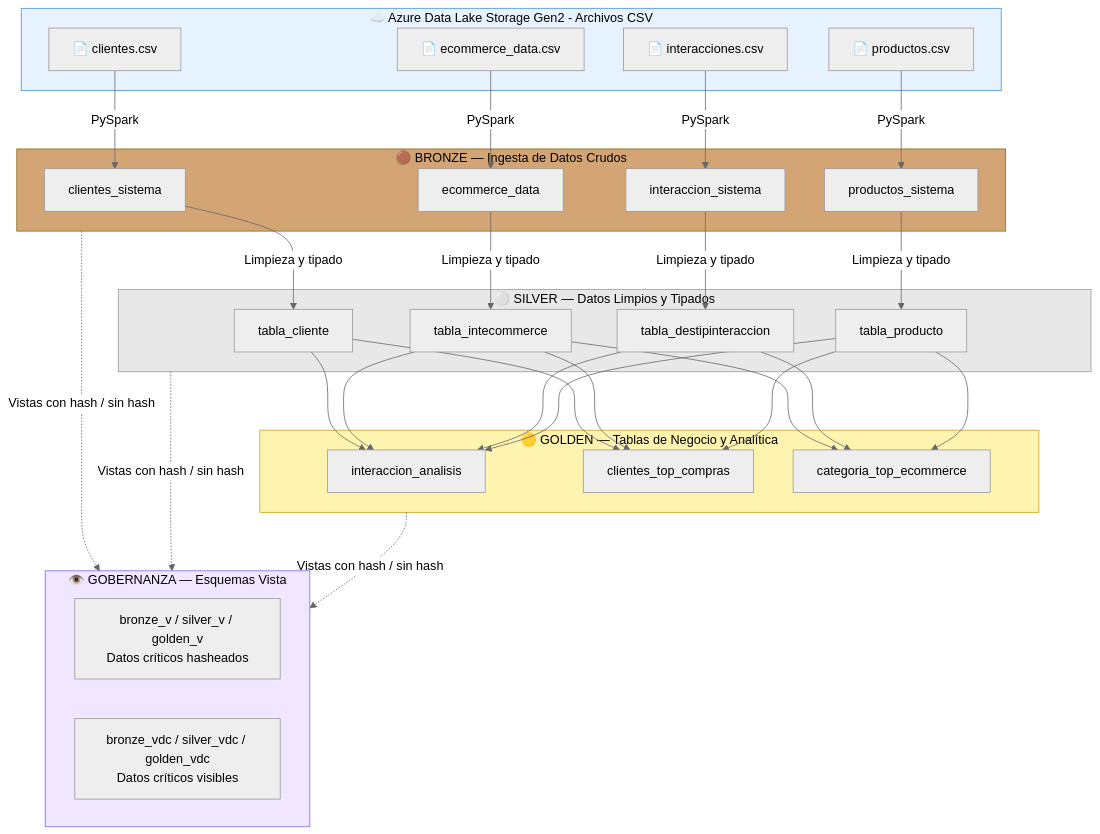
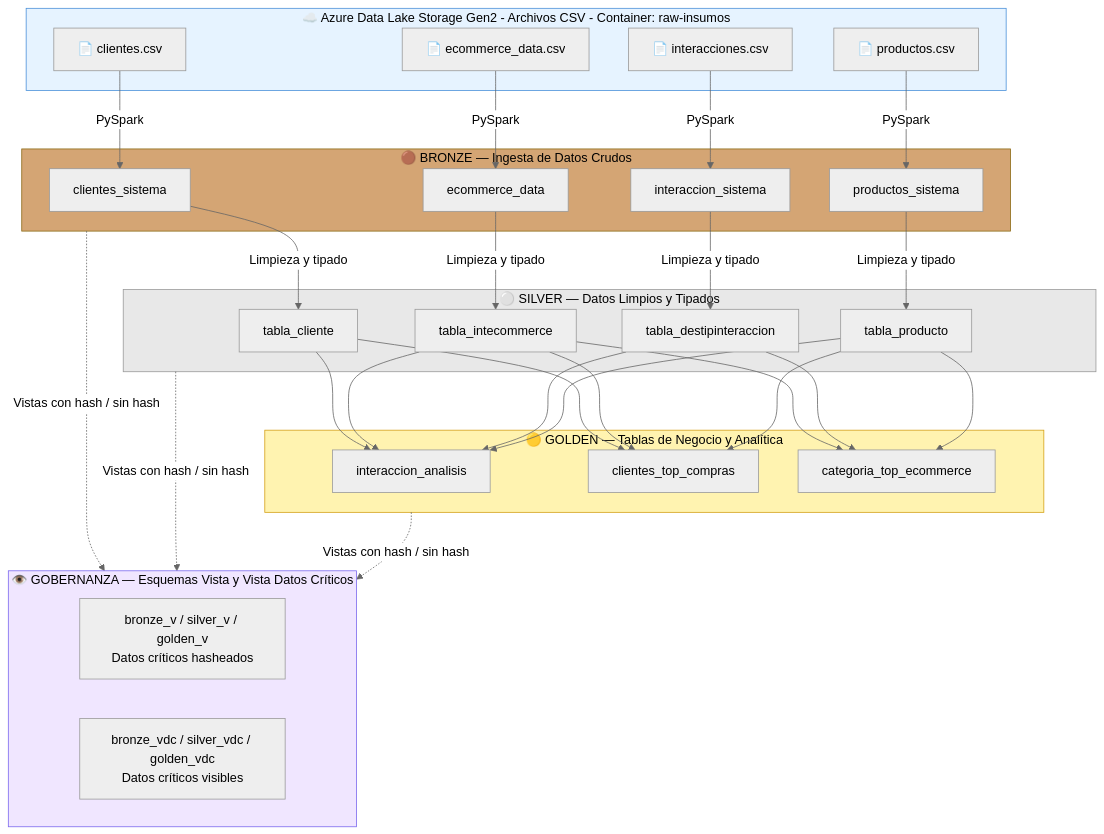
One commit to jeancontreras150/Proy-AzureDatabricks changed the diagram in README.md. Above: the diagram before and after it, drawn with Mermaid (neutral theme).

````diff
--- a/README.md
+++ b/README.md
@@ -27,68 +27,68 @@
 ```mermaid
 flowchart TB
-    subgraph ADLS["☁️ Azure Data Lake Storage Gen2 - Archivos CSV"]
+    subgraph ADLS["☁️ Azure Data Lake Storage Gen2 - Archivos CSV - Container: raw-insumos"]
         csv1["📄 clientes.csv"]
         csv2["📄 ecommerce_data.csv"]
         csv3["📄 interacciones.csv"]
         csv4["📄 productos.csv"]
     end
 
     subgraph BRONZE["🟤 BRONZE — Ingesta de Datos Crudos"]
         b1["clientes_sistema"]
         b2["ecommerce_data"]
         b3["interaccion_sistema"]
         b4["productos_sistema"]
     end
 
     subgraph SILVER["⚪ SILVER — Datos Limpios y Tipados"]
         s1["tabla_cliente"]
         s2["tabla_intecommerce"]
         s3["tabla_destipinteraccion"]
         s4["tabla_producto"]
     end
 
     subgraph GOLDEN["🟡 GOLDEN — Tablas de Negocio y Analítica"]
         g1["interaccion_analisis"]
         g2["clientes_top_compras"]
         g3["categoria_top_ecommerce"]
     end
 
-    subgraph GOV["👁️ GOBERNANZA — Esquemas Vista"]
+    subgraph GOV["👁️ GOBERNANZA — Esquemas Vista y Vista Datos Críticos"]
         direction LR
         v1["bronze_v / silver_v / golden_v\nDatos críticos hasheados"]
         v2["bronze_vdc / silver_vdc / golden_vdc\nDatos críticos visibles"]
     end
 
     csv1 -->|PySpark| b1
     csv2 -->|PySpark| b2
     csv3 -->|PySpark| b3
     csv4 -->|PySpark| b4
 
     b1 -->|Limpieza y tipado| s1
     b2 -->|Limpieza y tipado| s2
     b3 -->|Limpieza y tipado| s3
     b4 -->|Limpieza y tipado| s4
 
     s1 --> g1
     s2 --> g1
     s3 --> g1
     s4 --> g1
 
     s1 --> g2
     s2 --> g2
     s4 --> g2
 
     s2 --> g3
     s3 --> g3
     s4 --> g3
 
     BRONZE -.->|Vistas con hash / sin hash| GOV
     SILVER -.->|Vistas con hash / sin hash| GOV
     GOLDEN -.->|Vistas con hash / sin hash| GOV
 
     style ADLS fill:#e6f3ff,stroke:#4a90d9,color:#000
     style BRONZE fill:#d4a574,stroke:#8b6914,color:#000
     style SILVER fill:#e8e8e8,stroke:#999,color:#000
     style GOLDEN fill:#fff3b0,stroke:#d4a017,color:#000
     style GOV fill:#f0e6ff,stroke:#7b68ee,color:#000
 ```
````
